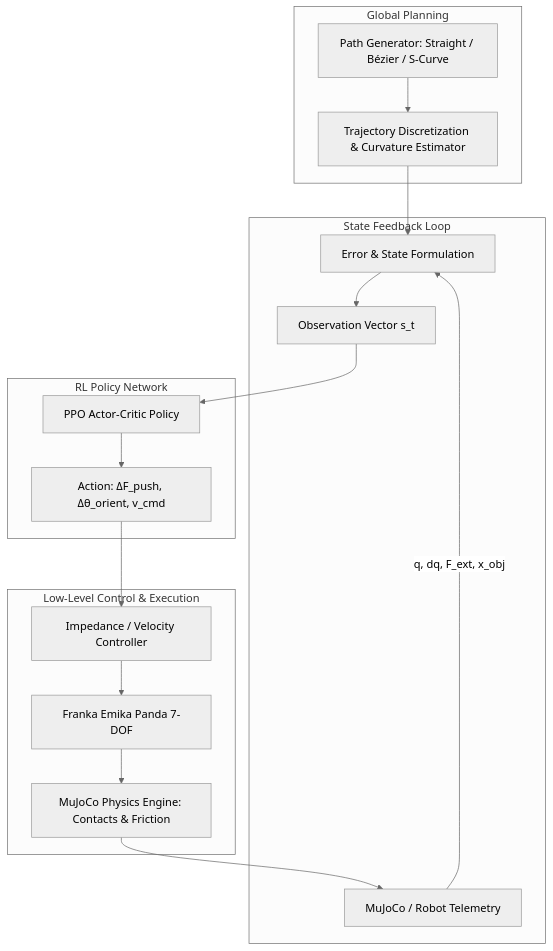
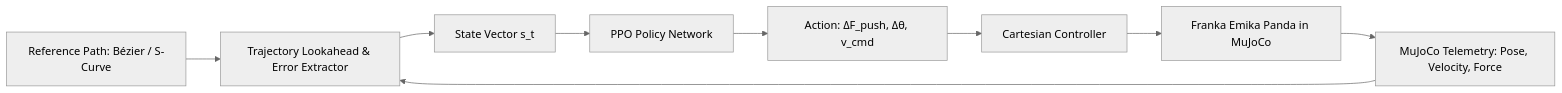
Before and after one commit to bhaskar-sah/Masterarbeit-Presentation: the diagram in README.md, drawn with Mermaid (neutral theme). The commit also changed other lines of this file and 2 other files, not shown here.

````diff
--- a/README.md
+++ b/README.md
@@ -122,24 +58,11 @@
 ```mermaid
-flowchart TD
-    subgraph Global Planning
-        WP[Path Generator: Straight / Bézier / S-Curve] --> TG[Trajectory Discretization & Curvature Estimator]
-    end
-
-    subgraph State Feedback Loop
-        TG --> FE[Error & State Formulation]
-        SENS[MuJoCo / Robot Telemetry] -->|q, dq, F_ext, x_obj| FE
-        FE --> OBS[Observation Vector s_t]
-    end
-
-    subgraph RL Policy Network
-        OBS --> POL[PPO Actor-Critic Policy]
-        POL --> ACT[Action: ΔF_push, Δθ_orient, v_cmd]
-    end
-
-    subgraph Low-Level Control & Execution
-        ACT --> CTRL[Impedance / Velocity Controller]
-        CTRL --> ROBOT[Franka Emika Panda 7-DOF]
-        ROBOT --> ENV[MuJoCo Physics Engine: Contacts & Friction]
-        ENV --> SENS
-    end
+flowchart LR
+    A[Reference Path: Bézier / S-Curve] --> B[Trajectory Lookahead & Error Extractor]
+    C[MuJoCo Telemetry: Pose, Velocity, Force] --> B
+    B --> D[State Vector s_t]
+    D --> E[PPO Policy Network]
+    E --> F[Action: ΔF_push, Δθ, v_cmd]
+    F --> G[Cartesian Controller]
+    G --> H[Franka Emika Panda in MuJoCo]
+    H --> C
 ```
````
